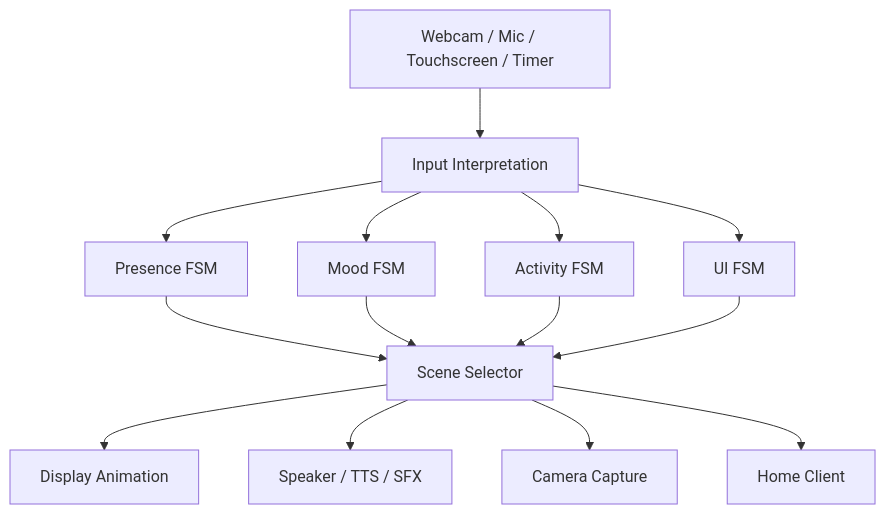
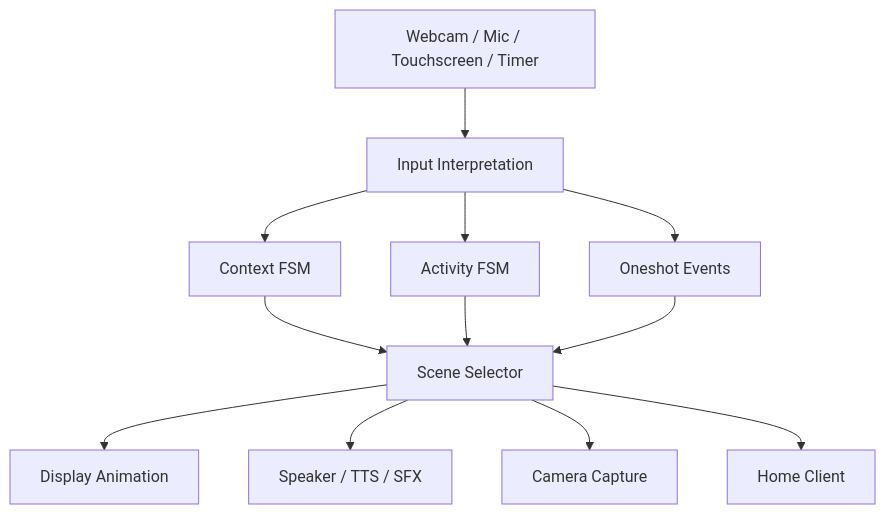
The first of 3 diagrams in docs/state-machine.md (soyangBaek/RIO), drawn with Mermaid before and after one commit. The commit also changed other lines of this file and 4 other files, not shown here.

````diff
--- a/docs/state-machine.md
+++ b/docs/state-machine.md
@@ -29,18 +26,16 @@
 ```mermaid
 flowchart TD
     A[Webcam / Mic / Touchscreen / Timer] --> B[Input Interpretation]
-    B --> C[Presence FSM]
-    B --> D[Mood FSM]
-    B --> E[Activity FSM]
-    B --> F[UI FSM]
+    B --> C[Context FSM]
+    B --> D[Activity FSM]
+    B --> E[Oneshot Events]
 
     C --> G[Scene Selector]
     D --> G
     E --> G
-    F --> G
 
     G --> H[Display Animation]
     G --> I[Speaker / TTS / SFX]
     G --> J[Camera Capture]
     G --> K[Home Client]
 ```
````
